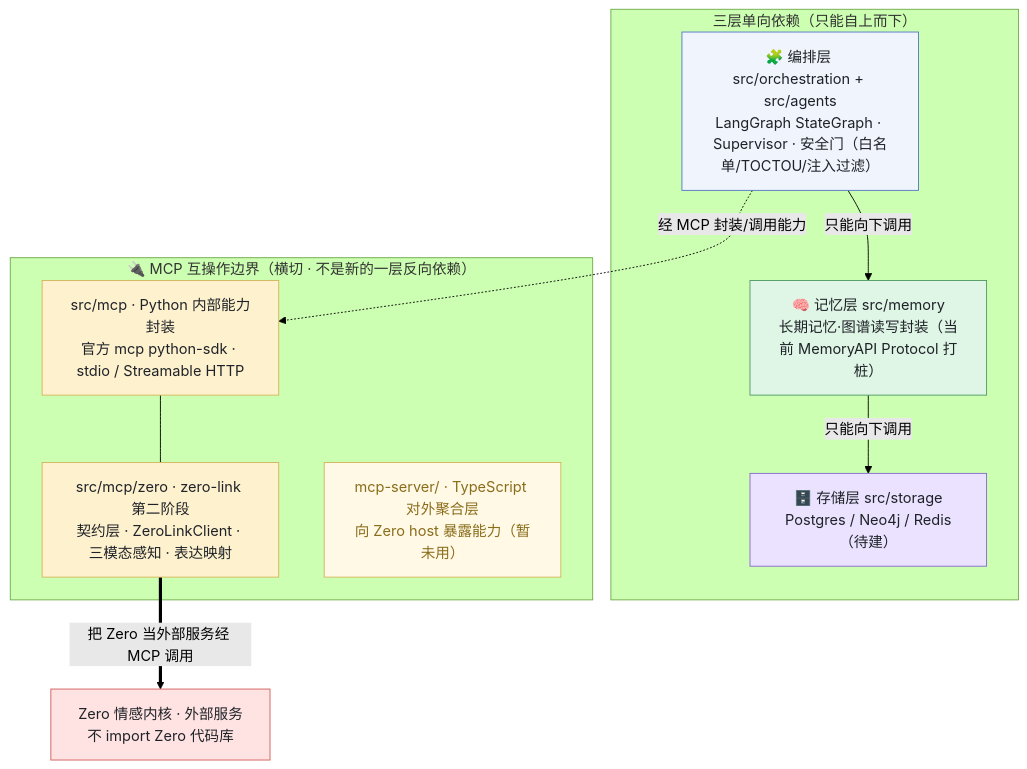
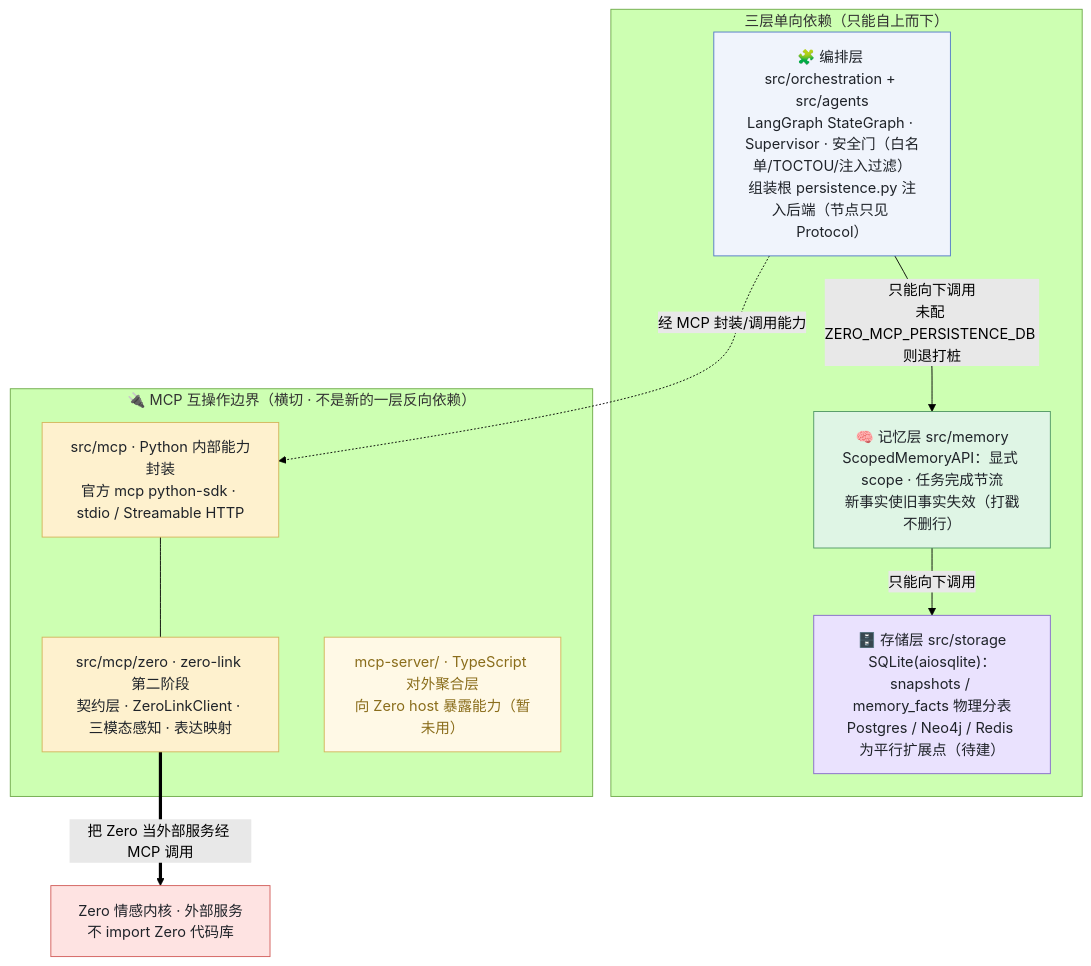
Before and after one commit to WizardHeHeJun/Zero_MCP: the diagram in docs/v2/mcp-architecture.mmd, drawn with Mermaid (forest theme). The commit also changed 10 other files, not shown here.

First line of the commit message:
docs: 文档面全量对齐代码——EDA v2 换代 / 持久化线 / 三张架构图

```diff
--- a/docs/v2/mcp-architecture.mmd
+++ b/docs/v2/mcp-architecture.mmd
@@ -1,27 +1,27 @@
 flowchart TB
   subgraph layers["三层单向依赖（只能自上而下）"]
-    orch["🧩 编排层 src/orchestration + src/agents<br/>LangGraph StateGraph · Supervisor · 安全门（白名单/TOCTOU/注入过滤）"]:::client
-    mem["🧠 记忆层 src/memory<br/>长期记忆·图谱读写封装（当前 MemoryAPI Protocol 打桩）"]:::memory
-    sto["🗄️ 存储层 src/storage<br/>Postgres / Neo4j / Redis（待建）"]:::storage
-    orch -->|"只能向下调用"| mem
+    orch["🧩 编排层 src/orchestration + src/agents<br/>LangGraph StateGraph · Supervisor · 安全门（白名单/TOCTOU/注入过滤）<br/>组装根 persistence.py 注入后端（节点只见 Protocol）"]:::client
+    mem["🧠 记忆层 src/memory<br/>ScopedMemoryAPI：显式 scope · 任务完成节流<br/>新事实使旧事实失效（打戳不删行）"]:::memory
+    sto["🗄️ 存储层 src/storage<br/>SQLite(aiosqlite)：snapshots / memory_facts 物理分表<br/>Postgres / Neo4j / Redis 为平行扩展点（待建）"]:::storage
+    orch -->|"只能向下调用<br/>未配 ZERO_MCP_PERSISTENCE_DB 则退打桩"| mem
     mem -->|"只能向下调用"| sto
   end
 
   subgraph mcp["🔌 MCP 互操作边界（横切 · 不是新的一层反向依赖）"]
     py["src/mcp · Python 内部能力封装<br/>官方 mcp python-sdk · stdio / Streamable HTTP"]:::proto
     zl["src/mcp/zero · zero-link 第二阶段<br/>契约层 · ZeroLinkClient · 三模态感知 · 表达映射"]:::proto
     ts["mcp-server/ · TypeScript 对外聚合层<br/>向 Zero host 暴露能力（暂未用）"]:::note
     py --- zl
   end
 
   zero["Zero 情感内核 · 外部服务<br/>不 import Zero 代码库"]:::engine
 
   orch -.->|"经 MCP 封装/调用能力"| py
   zl ==>|"把 Zero 当外部服务经 MCP 调用"| zero
 
   classDef client fill:#F0F4FC,stroke:#5178C6,color:#1F2329
   classDef memory fill:#DFF5E5,stroke:#509863,color:#1F2329
   classDef storage fill:#EAE2FE,stroke:#8569CB,color:#1F2329
   classDef proto fill:#FEF1CE,stroke:#D4B45B,color:#1F2329
   classDef engine fill:#FEE3E2,stroke:#D25D5A,color:#1F2329
   classDef note fill:#FFF9E6,stroke:#D4B45B,color:#8A6D1B
```
